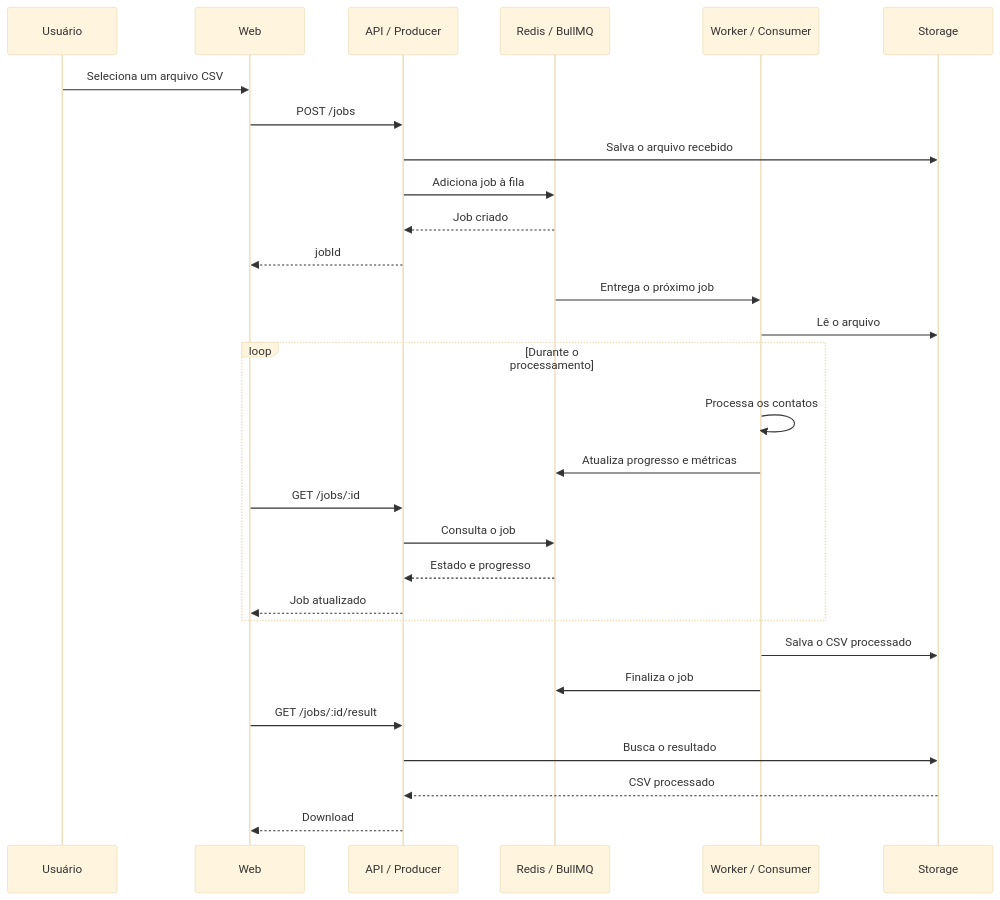
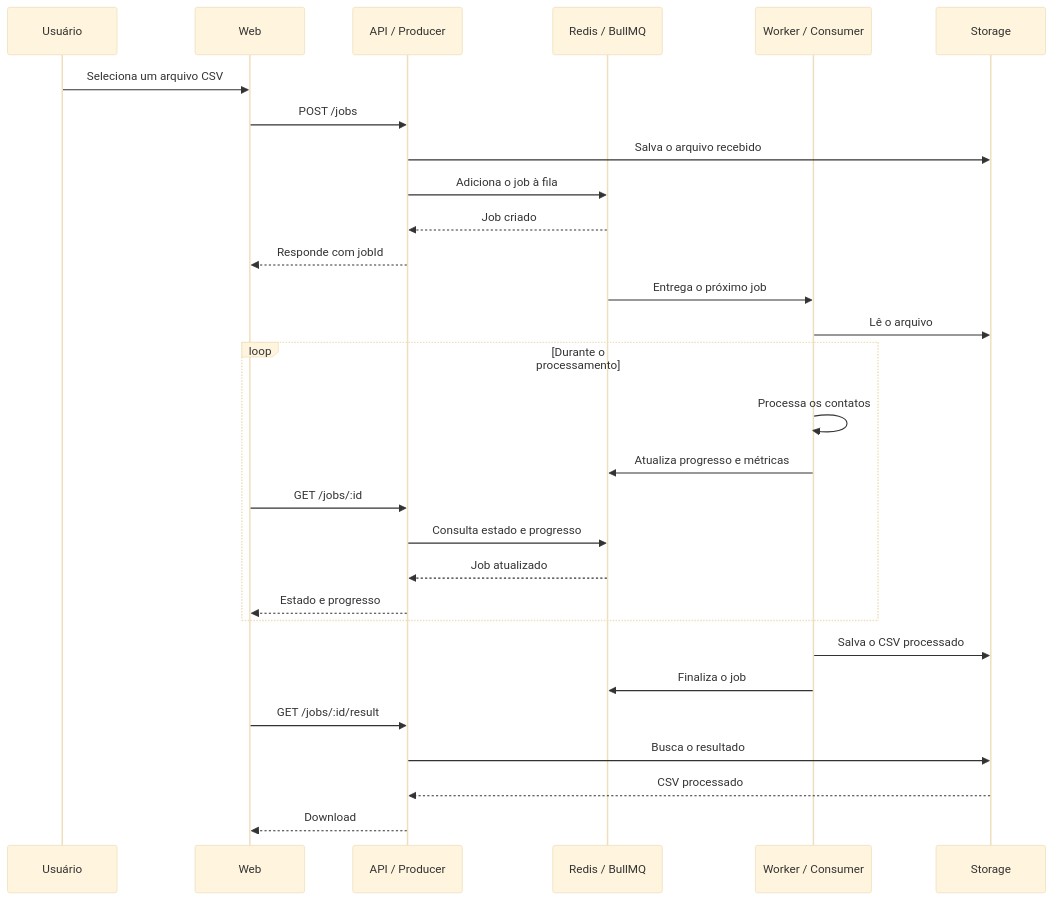
One commit to buildwitharthur/queueworks changed the diagram in README.md. Above: the diagram before and after it, drawn with Mermaid (base theme). The commit also changed other lines of this file, not shown here.

````diff
--- a/README.md
+++ b/README.md
@@ -147,38 +108,37 @@
 ```mermaid
 sequenceDiagram
     participant U as Usuário
     participant W as Web
     participant A as API / Producer
     participant Q as Redis / BullMQ
     participant WK as Worker / Consumer
     participant S as Storage
 
     U->>W: Seleciona um arquivo CSV
     W->>A: POST /jobs
 
     A->>S: Salva o arquivo recebido
-    A->>Q: Adiciona job à fila
+    A->>Q: Adiciona o job à fila
     Q-->>A: Job criado
-    A-->>W: jobId
+    A-->>W: Responde com jobId
 
     Q->>WK: Entrega o próximo job
     WK->>S: Lê o arquivo
 
     loop Durante o processamento
         WK->>WK: Processa os contatos
         WK->>Q: Atualiza progresso e métricas
-
         W->>A: GET /jobs/:id
-        A->>Q: Consulta o job
-        Q-->>A: Estado e progresso
-        A-->>W: Job atualizado
+        A->>Q: Consulta estado e progresso
+        Q-->>A: Job atualizado
+        A-->>W: Estado e progresso
     end
 
     WK->>S: Salva o CSV processado
     WK->>Q: Finaliza o job
 
     W->>A: GET /jobs/:id/result
     A->>S: Busca o resultado
     S-->>A: CSV processado
     A-->>W: Download
 ```
````
